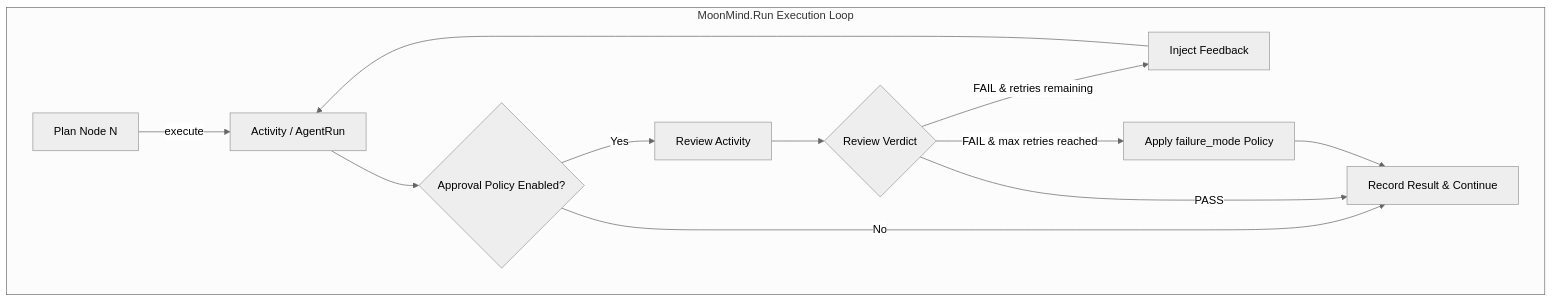
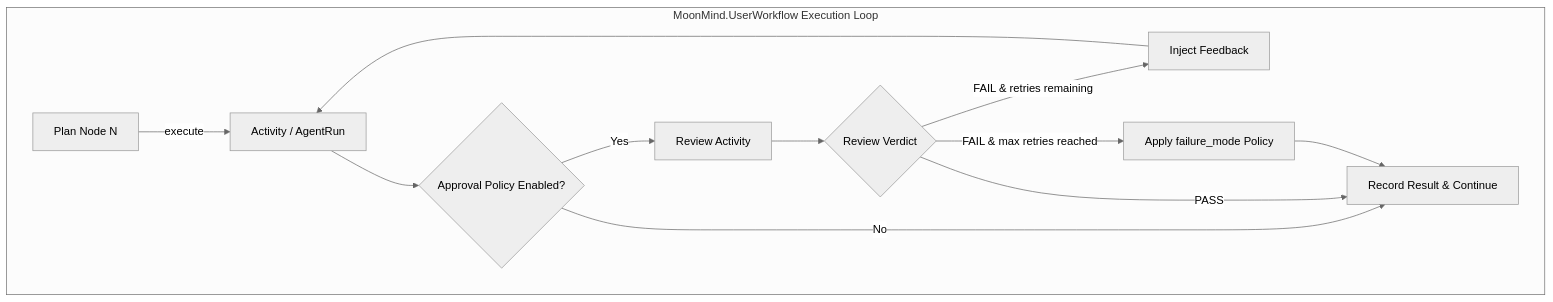
The diagram in docs/Workflows/StepReviewGateSystem.md (MoonLadderStudios/MoonMind), drawn with Mermaid (neutral theme) before and after one commit. The commit also changed other lines of this file and 259 other files, not shown here.

````diff
--- a/docs/Workflows/StepReviewGateSystem.md
+++ b/docs/Workflows/StepReviewGateSystem.md
@@ -39,15 +39,15 @@
 ```mermaid
 flowchart TD
-    subgraph MoonMind.Run Execution Loop
+    subgraph MoonMind.UserWorkflow Execution Loop
         A[Plan Node N] -->|execute| B[Activity / AgentRun]
         B --> C{Approval Policy Enabled?}
         C -->|No| D[Record Result & Continue]
         C -->|Yes| E[Review Activity]
         E --> F{Review Verdict}
         F -->|PASS| D
         F -->|FAIL & retries remaining| G[Inject Feedback]
         G --> B
         F -->|FAIL & max retries reached| H[Apply failure_mode Policy]
         H --> D
     end
 ```
````
